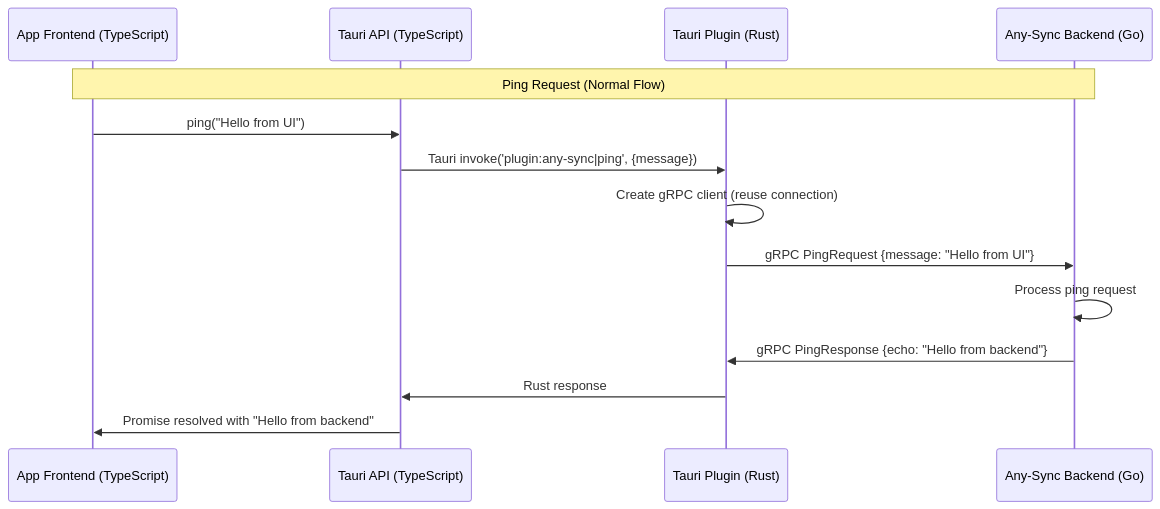
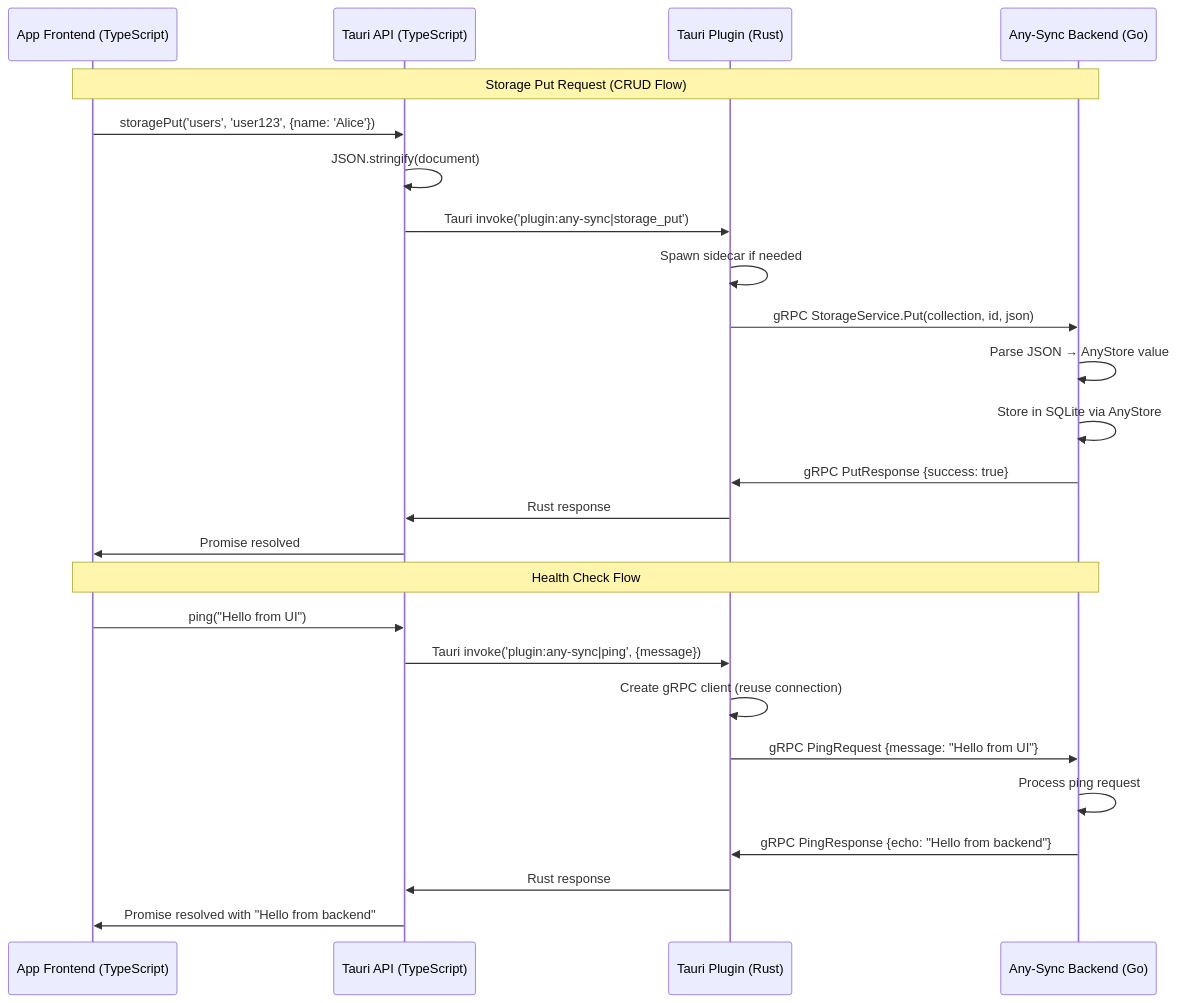
One commit to laughedelic/tauri-plugin-any-sync changed the second of 2 diagrams in README.md. Above: the diagram before and after it, drawn with Mermaid. The commit also changed other lines of this file and 49 other files, not shown here.

Commit message:
feat: any-store basic CRUD MVP (#4)

````diff
--- a/README.md
+++ b/README.md
@@ -389,17 +535,29 @@
 ```mermaid
 sequenceDiagram
     participant UI as App Frontend (TypeScript)
     participant TS as Tauri API (TypeScript)
     participant RS as Tauri Plugin (Rust)
     participant GO as Any-Sync Backend (Go)
     
-    Note over UI,GO: Ping Request (Normal Flow)
+    Note over UI,GO: Storage Put Request (CRUD Flow)
+    UI->>TS: storagePut('users', 'user123', {name: 'Alice'})
+    TS->>TS: JSON.stringify(document)
+    TS->>RS: Tauri invoke('plugin:any-sync|storage_put')
+    RS->>RS: Spawn sidecar if needed
+    RS->>GO: gRPC StorageService.Put(collection, id, json)
+    GO->>GO: Parse JSON → AnyStore value
+    GO->>GO: Store in SQLite via AnyStore
+    GO->>RS: gRPC PutResponse {success: true}
+    RS->>TS: Rust response
+    TS->>UI: Promise resolved
+    
+    Note over UI,GO: Health Check Flow
     UI->>TS: ping("Hello from UI")
     TS->>RS: Tauri invoke('plugin:any-sync|ping', {message})
     RS->>RS: Create gRPC client (reuse connection)
     RS->>GO: gRPC PingRequest {message: "Hello from UI"}
     GO->>GO: Process ping request
     GO->>RS: gRPC PingResponse {echo: "Hello from backend"}
     RS->>TS: Rust response
     TS->>UI: Promise resolved with "Hello from backend"
 ```
````
